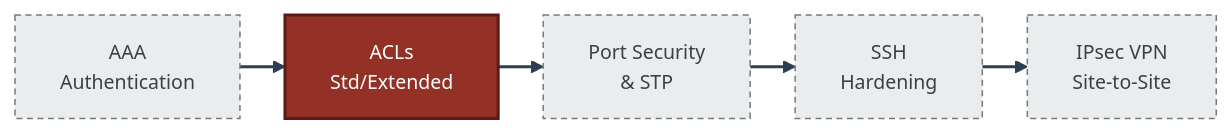
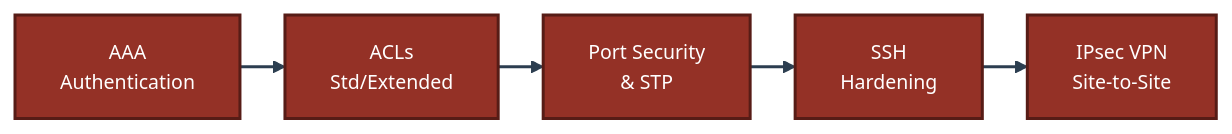
Before and after one commit to malaika-azhar/Cisco-Networking-Lab-Portfolio: the fourth of 6 diagrams in README.md, drawn with Mermaid. The commit also changed other lines of this file, not shown here.

````diff
--- a/README.md
+++ b/README.md
@@ -147,8 +149,8 @@
 ```mermaid
 %%{init: {'theme': 'base', 'themeVariables': {'fontSize': '13px'}, 'flowchart': {'nodeSpacing': 16, 'rankSpacing': 30}}}%%
 flowchart LR
-    A["AAA<br/>Authentication"]:::unseen --> B["ACLs<br/>Std/Extended"]:::seen --> C["Port Security<br/>& STP"]:::unseen --> D["SSH<br/>Hardening"]:::unseen --> E["IPsec VPN<br/>Site-to-Site"]:::unseen
+    A["AAA<br/>Authentication"]:::seen --> B["ACLs<br/>Std/Extended"]:::seen --> C["Port Security<br/>& STP"]:::seen --> D["SSH<br/>Hardening"]:::seen --> E["IPsec VPN<br/>Site-to-Site"]:::seen
     classDef seen fill:#943126,stroke:#571C16,stroke-width:2px,color:#FFFFFF
     classDef unseen fill:#EAECEE,stroke:#707B7C,color:#3B4142,stroke-dasharray: 4 3
     linkStyle default stroke:#2C3E50,stroke-width:2px
 ```
````
